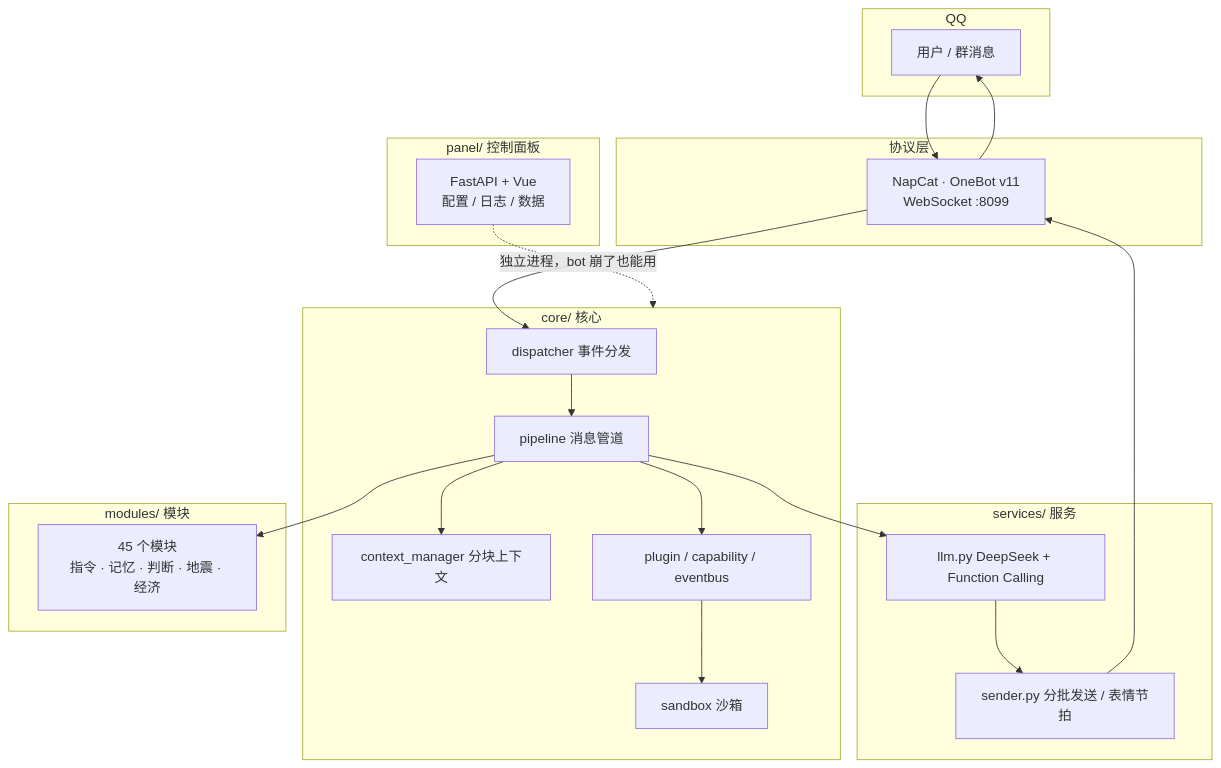
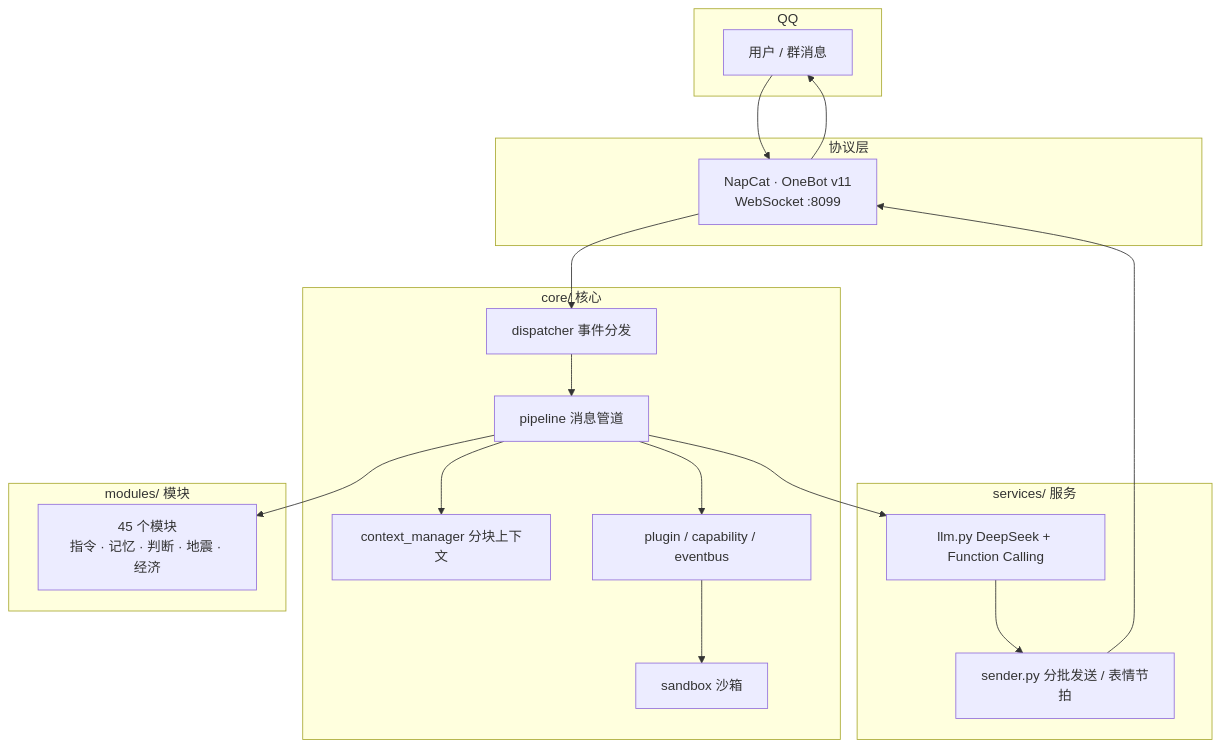
One commit to Trusler258/huanmeng-qqbot changed the first of 4 diagrams in README.md. Above: the diagram before and after it, drawn with Mermaid. The commit also changed other lines of this file and 169 other files, not shown here.

````diff
--- a/README.md
+++ b/README.md
@@ -109,41 +109,36 @@
 ```mermaid
 flowchart TB
     subgraph Client["QQ"]
         U["用户 / 群消息"]
     end
 
     subgraph Adapter["协议层"]
         NC["NapCat · OneBot v11<br/>WebSocket :8099"]
     end
 
     subgraph Core["core/ 核心"]
         D["dispatcher 事件分发"]
         P["pipeline 消息管道"]
         C["context_manager 分块上下文"]
         PL["plugin / capability / eventbus"]
         SB["sandbox 沙箱"]
     end
 
     subgraph Svc["services/ 服务"]
         L["llm.py DeepSeek + Function Calling"]
         S["sender.py 分批发送 / 表情节拍"]
     end
 
     subgraph Mod["modules/ 模块"]
         M["45 个模块<br/>指令 · 记忆 · 判断 · 地震 · 经济"]
     end
 
-    subgraph Panel["panel/ 控制面板"]
-        PA["FastAPI + Vue<br/>配置 / 日志 / 数据"]
-    end
-
     U --> NC --> D --> P
     P --> C
     P --> L
     P --> PL
     P --> M
     L --> S
     PL --> SB
     S --> NC --> U
-    PA -. "独立进程，bot 崩了也能用" .-> Core
 ```
````
